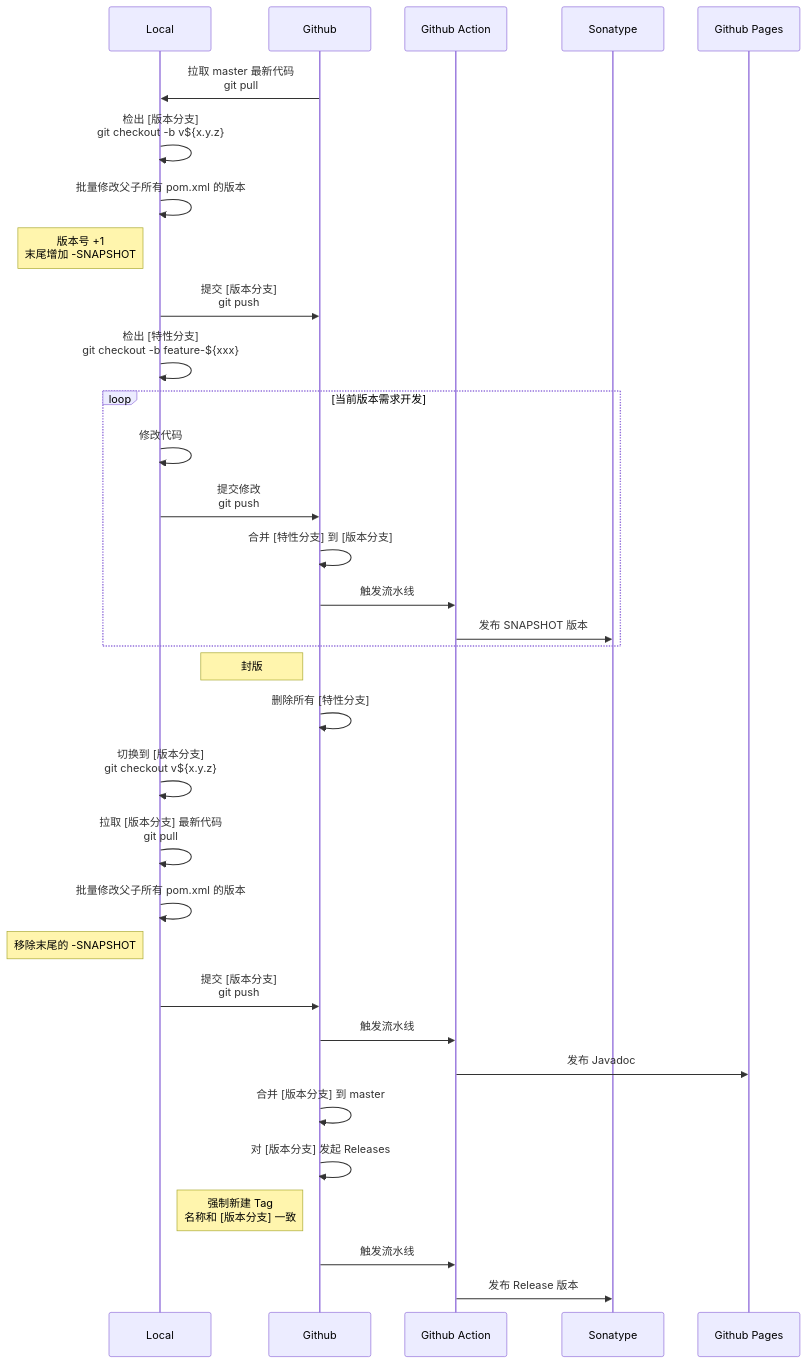
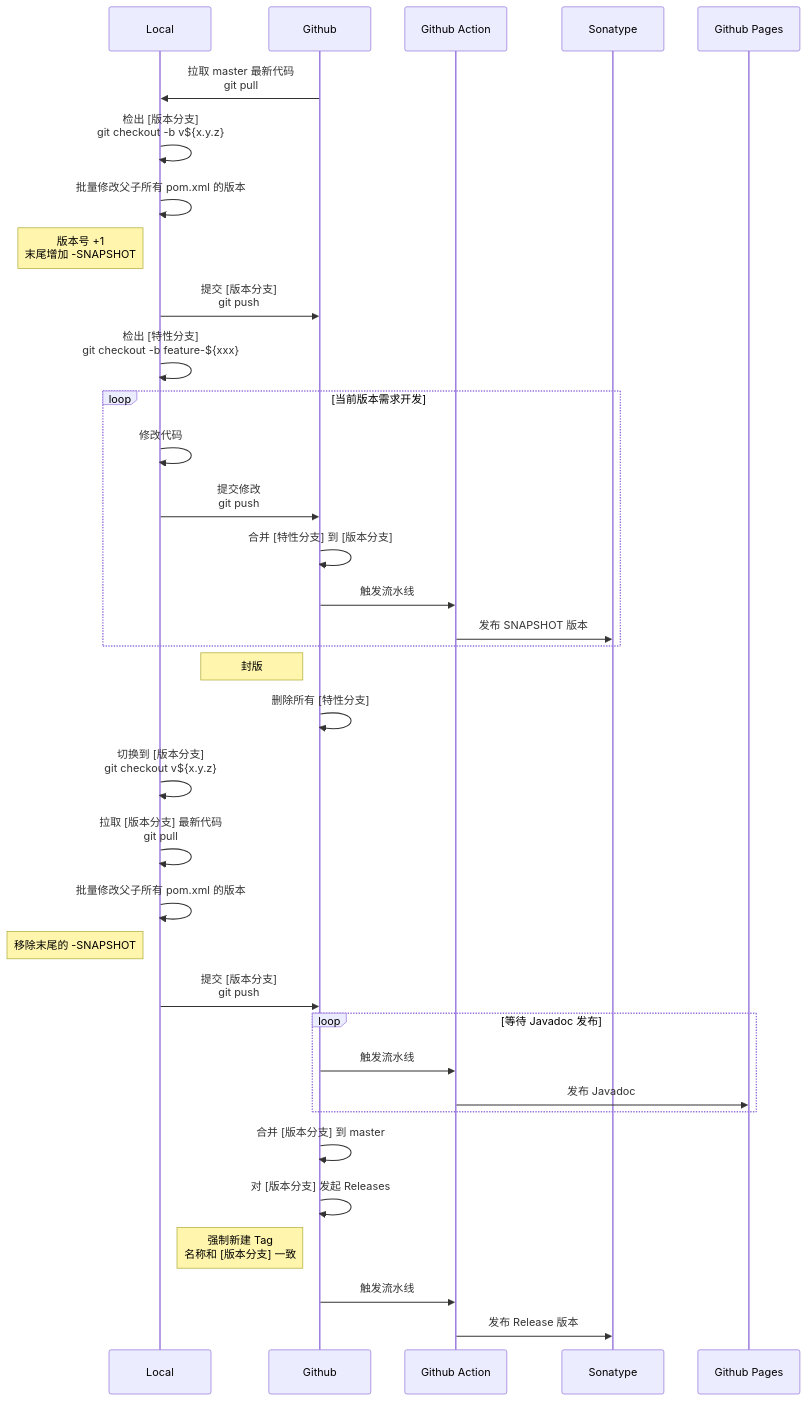
The second of 2 diagrams in DevSOP.md (EXP-Codes/exp-libs-refactor), drawn with Mermaid before and after one commit. The commit also changed other lines of this file, not shown here.

````diff
--- a/DevSOP.md
+++ b/DevSOP.md
@@ -45,35 +46,37 @@
 ```mermaid
 sequenceDiagram
     participant Local
     participant Github
     participant Github Action
     participant Sonatype
     participant Github Pages
     Github->>Local: 拉取 master 最新代码<br/>git pull
     Local->>Local: 检出 [版本分支]<br/>git checkout -b v${x.y.z}
     Local->>Local: 批量修改父子所有 pom.xml 的版本
     Note left of Local: 版本号 +1<br/>末尾增加 -SNAPSHOT
     Local->>Github: 提交 [版本分支]<br/>git push
     Local->>Local: 检出 [特性分支]<br/>git checkout -b feature-${xxx}
     loop 当前版本需求开发
         Local->>Local: 修改代码
         Local->>Github: 提交修改<br/>git push
         Github->>Github: 合并 [特性分支] 到 [版本分支]
         Github->>Github Action: 触发流水线
         Github Action->>Sonatype: 发布 SNAPSHOT 版本
     end
     Note left of Github: 封版
     Github->>Github: 删除所有 [特性分支]
     Local->>Local: 切换到 [版本分支]<br/>git checkout v${x.y.z}
     Local->>Local: 拉取 [版本分支] 最新代码<br/>git pull
     Local->>Local: 批量修改父子所有 pom.xml 的版本
     Note left of Local: 移除末尾的 -SNAPSHOT
     Local->>Github: 提交 [版本分支]<br/>git push
-    Github->>Github Action: 触发流水线
-    Github Action->>Github Pages: 发布 Javadoc
+    loop 等待 Javadoc 发布
+        Github->>Github Action: 触发流水线
+        Github Action->>Github Pages: 发布 Javadoc
+    end
     Github->>Github: 合并 [版本分支] 到 master
     Github->>Github: 对 [版本分支] 发起 Releases
     Note left of Github: 强制新建 Tag<br/>名称和 [版本分支] 一致
     Github->>Github Action: 触发流水线
     Github Action->>Sonatype: 发布 Release 版本
 ```
````
